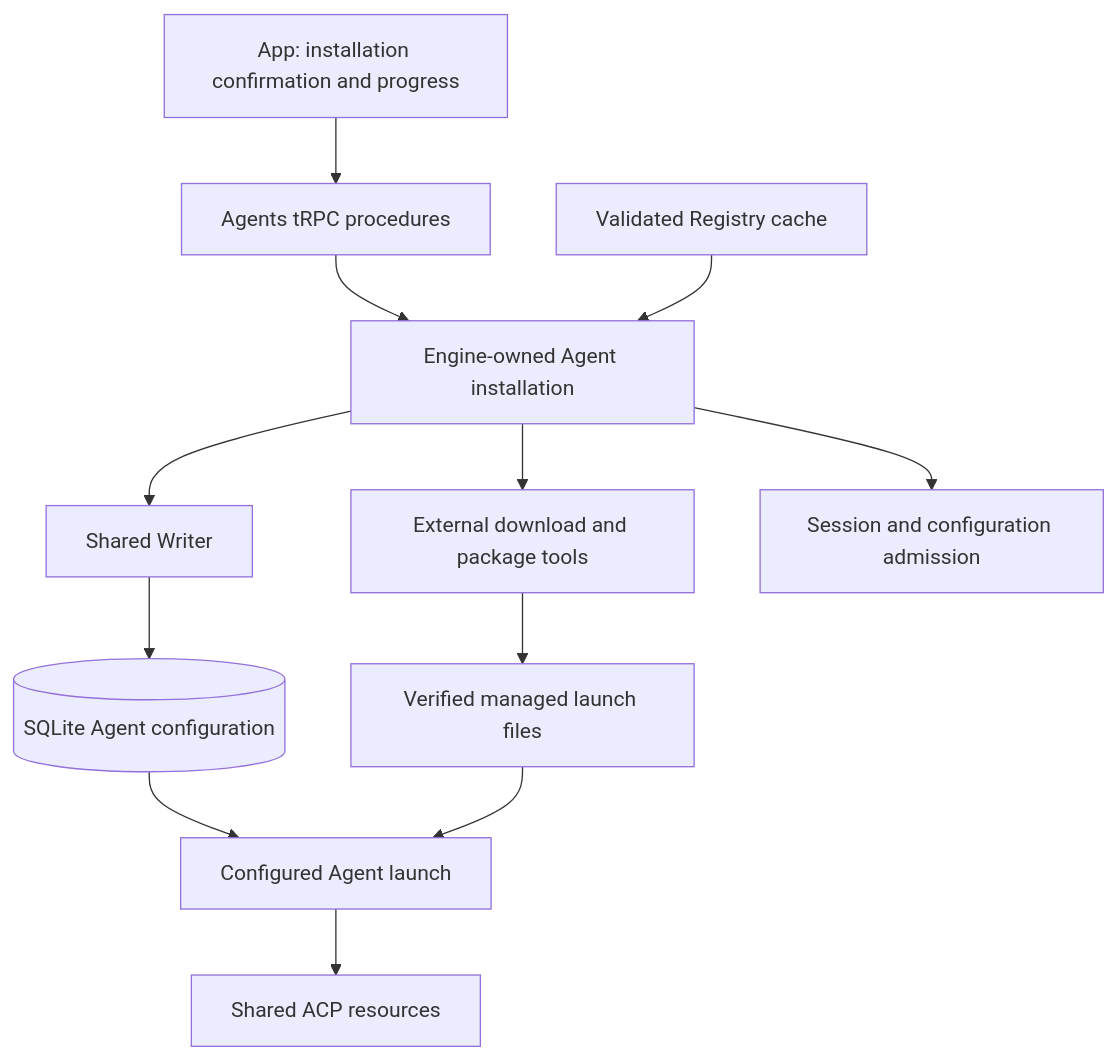
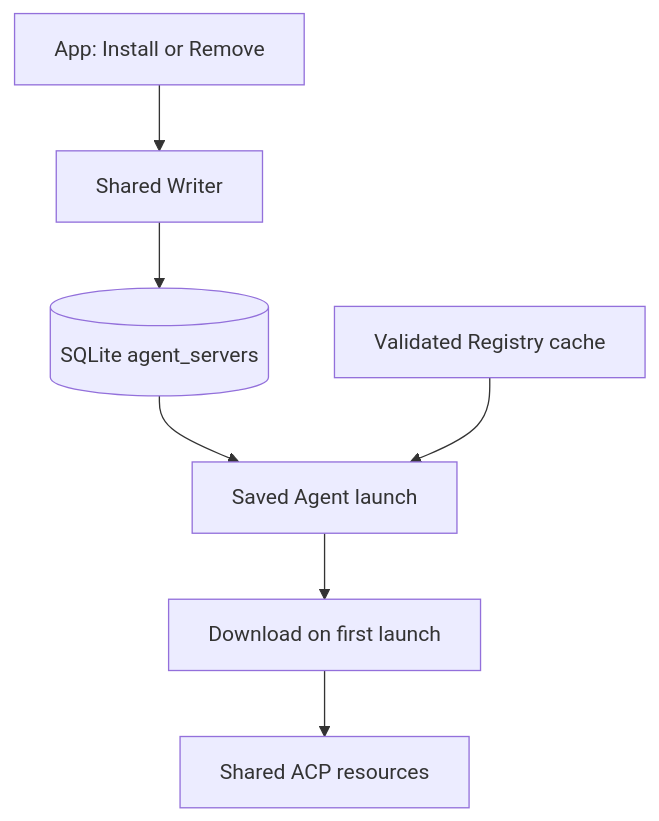
One commit to milad-alizadeh/argo-universal changed the diagram in docs/adr/0015-one-agent-machine-runs-every-adapter.md. Above: the diagram before and after it, drawn with Mermaid. The commit also changed other lines of this file and 145 other files, not shown here.

Commit message:
refactor(agents): remove legacy install and sign-in UI (#721)

````diff
--- a/docs/adr/0015-one-agent-machine-runs-every-adapter.md
+++ b/docs/adr/0015-one-agent-machine-runs-every-adapter.md
@@ -29,14 +23,9 @@
 ```mermaid
 flowchart TD
-    App[App: installation confirmation and progress] --> Router[Agents tRPC procedures]
-    Router --> Setup[Engine-owned Agent installation]
-    Registry[Validated Registry cache] --> Setup
-    Setup --> Tools[External download and package tools]
-    Tools --> Files[Verified managed launch files]
-    Setup --> Writer[Shared Writer]
-    Writer --> SQLite[(SQLite Agent configuration)]
-    SQLite --> Launch[Configured Agent launch]
-    Files --> Launch
-    Launch --> ACP[Shared ACP resources]
-    Setup --> Admission[Session and configuration admission]
+    App[App: Install or Remove] --> Writer[Shared Writer]
+    Writer --> SQLite[(SQLite agent_servers)]
+    SQLite --> Launch[Saved Agent launch]
+    Registry[Validated Registry cache] --> Launch
+    Launch --> Files[Download on first launch]
+    Files --> ACP[Shared ACP resources]
 ```
````
